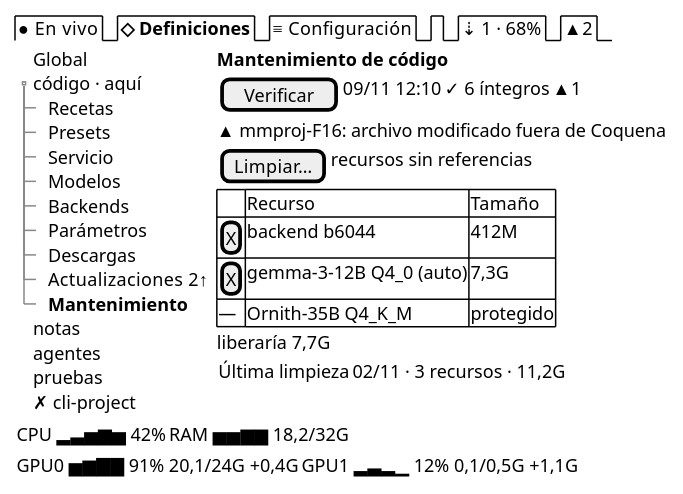
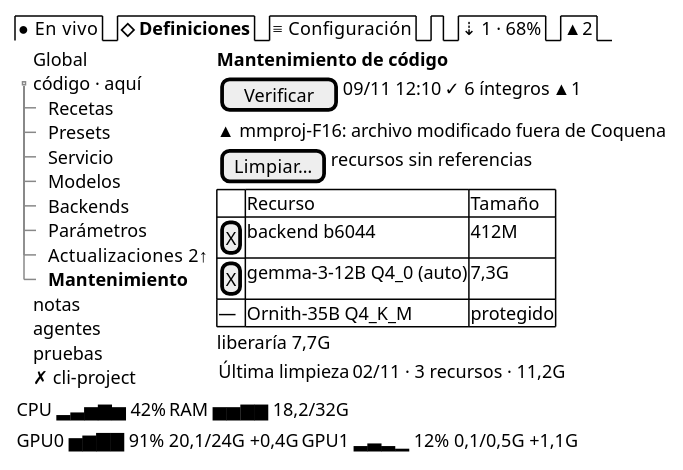
Before and after one commit to mstranich/coquena: the diagram in docs/design/tui/R-definiciones-mantenimiento.salt.puml, drawn with PlantUML. The commit also changed 23 other files, not shown here.

```diff
--- a/docs/design/tui/R-definiciones-mantenimiento.salt.puml
+++ b/docs/design/tui/R-definiciones-mantenimiento.salt.puml
@@ -1,41 +1,40 @@
 @startsalt
 {
   {/ ● En vivo | <b>◇ Definiciones | ≡ Configuración | . | ⇣ 1 · 68% | ▲ 2 }
   {
     {
     {T
       + Global
       + código · aquí
       ++ Recetas
       ++ Presets
       ++ Servicio
       ++ Modelos
       ++ Backends
       ++ Parámetros
-      ++ Descargas
       ++ Actualizaciones 2↑
       ++ <b>Mantenimiento
       + notas
       + agentes
       + pruebas
       + ✗ cli-project
     }
     } | {
       <b>Mantenimiento de código
       { [Verificar] | 09/11 12:10 | ✓ 6 íntegros | ▲ 1 }
       ▲ mmproj-F16: archivo modificado fuera de Coquena
       { [Limpiar…] | recursos sin referencias }
       {#
         . | Recurso | Tamaño
         [X] | backend b6044 | 412M
         [X] | gemma-3-12B Q4_0 (auto) | 7,3G
         — | Ornith-35B Q4_K_M | protegido
       }
       liberaría 7,7G
       { Última limpieza | 02/11 · 3 recursos · 11,2G }
     }
   }
   { CPU ▂▃▅▆▅ 42% | RAM ▅▅▆▆ 18,2/32G }
   { GPU0 ▅▆▇▇ 91% 20,1/24G +0,4G | GPU1 ▂▃▂▁ 12% 0,1/0,5G +1,1G }
 }
 @endsalt
```
